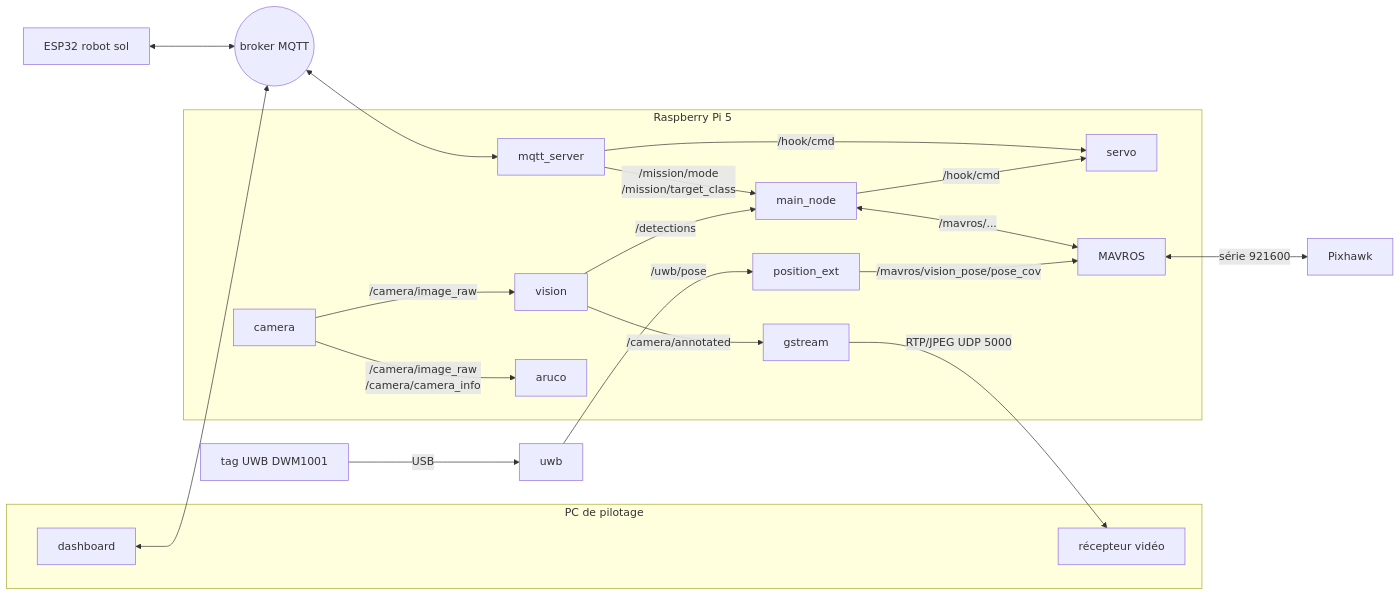
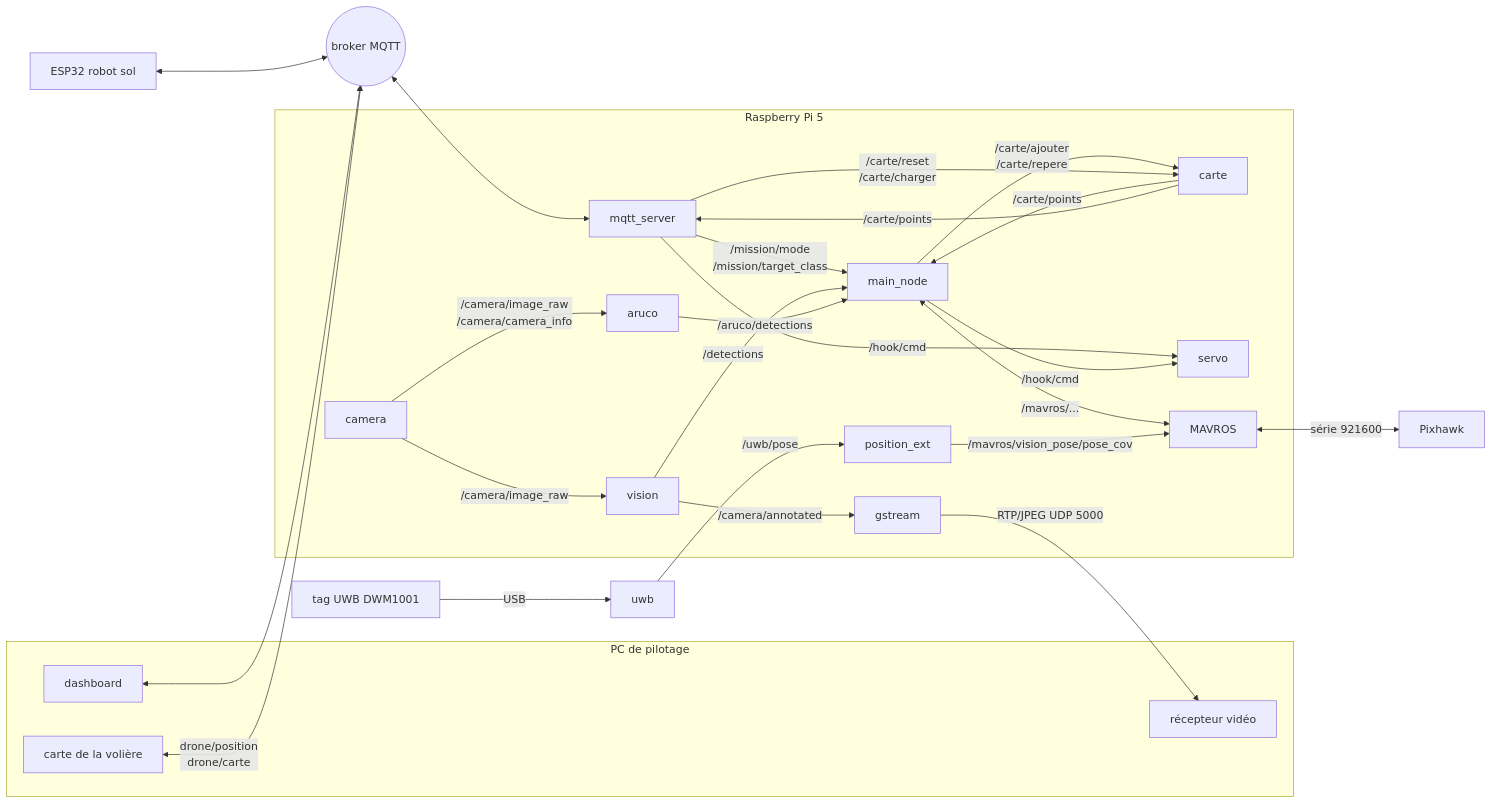
The diagram in docs/architecture.md (Valrobotik/DroneLoad), drawn with Mermaid before and after one commit. The commit also changed other lines of this file and 29 other files, not shown here.

````diff
--- a/docs/architecture.md
+++ b/docs/architecture.md
@@ -40,39 +43,47 @@
 ```mermaid
 flowchart LR
   subgraph PC[PC de pilotage]
     dash[dashboard]
     vid[récepteur vidéo]
+    carteg[carte de la volière]
   end
   esp[ESP32 robot sol]
   broker((broker MQTT))
   subgraph Pi[Raspberry Pi 5]
     mqtt[mqtt_server]
     main[main_node]
     cam[camera]
     vis[vision]
     aru[aruco]
+    carte[carte]
     gst[gstream]
     servo[servo]
     pext[position_ext]
     mavros[MAVROS]
   end
   px[Pixhawk]
   tag[tag UWB DWM1001]
 
   dash <--> broker
+  carteg <-- drone/position<br>drone/carte --> broker
   esp <--> broker
   broker <--> mqtt
   mqtt -- /mission/mode<br>/mission/target_class --> main
   mqtt -- /hook/cmd --> servo
   main -- /hook/cmd --> servo
   cam -- /camera/image_raw --> vis
   cam -- /camera/image_raw<br>/camera/camera_info --> aru
   vis -- /detections --> main
   vis -- /camera/annotated --> gst
   gst -- RTP/JPEG UDP 5000 --> vid
   main <-- /mavros/... --> mavros
+  aru -- /aruco/detections --> main
+  main -- /carte/ajouter<br>/carte/repere --> carte
+  carte -- /carte/points --> main
+  carte -- /carte/points --> mqtt
+  mqtt -- /carte/reset<br>/carte/charger --> carte
   tag -- USB --> uwbn[uwb]
   uwbn -- /uwb/pose --> pext
   pext -- /mavros/vision_pose/pose_cov --> mavros
   mavros <-- série 921600 --> px
 ```
````
